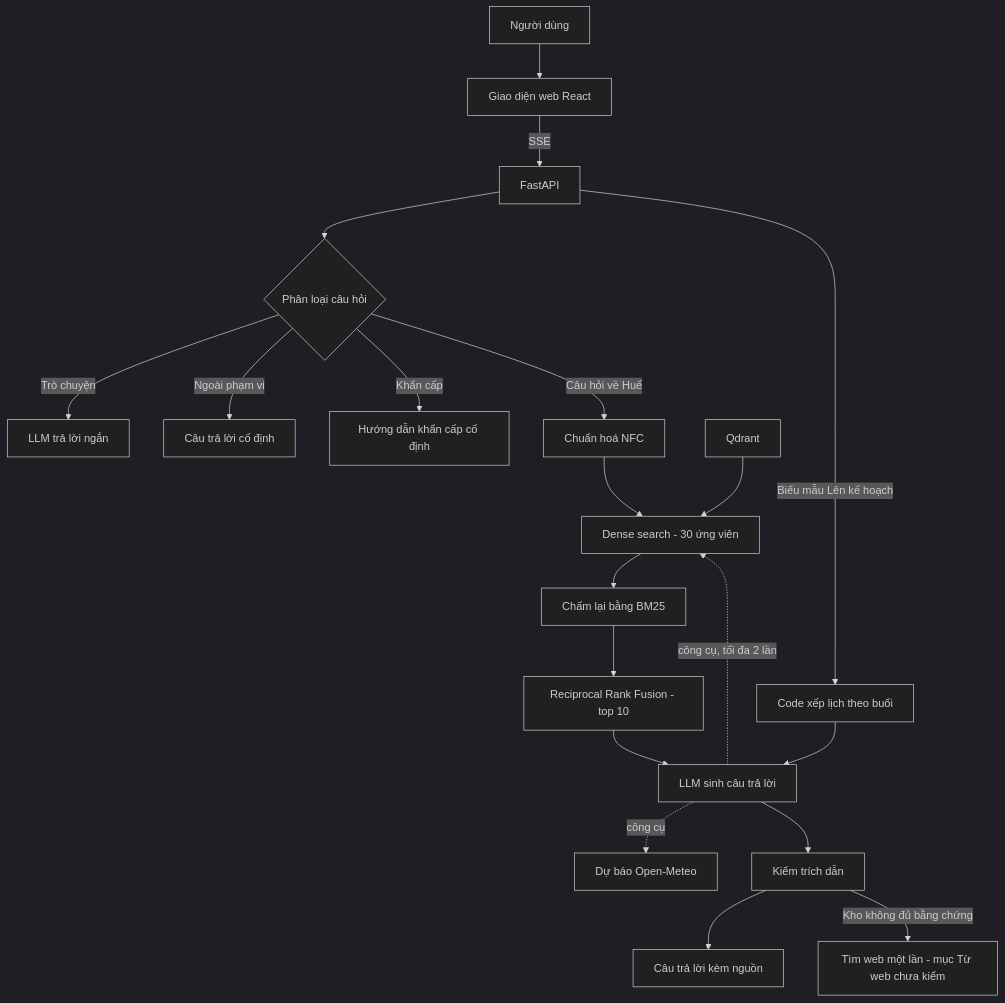
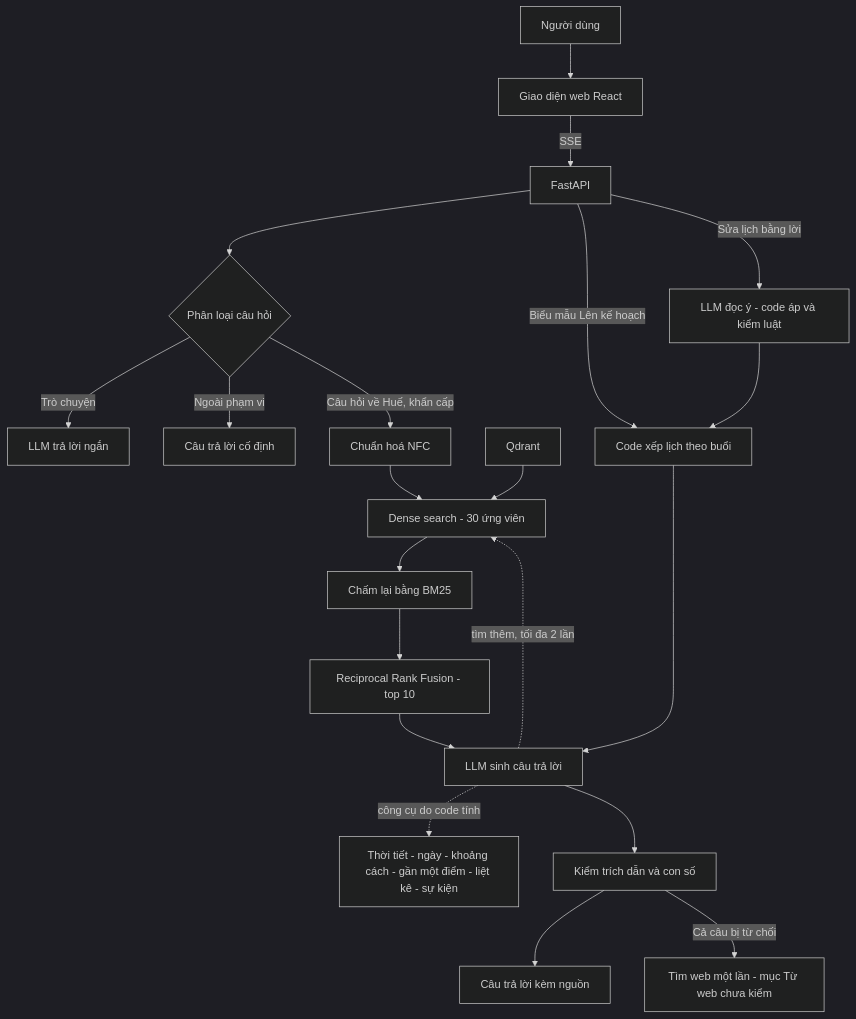
One commit to Sunny-sunnyy/chatbot-hue changed the second of 2 diagrams in README.md. Above: the diagram before and after it, drawn with Mermaid (dark theme). The commit also changed other lines of this file, not shown here.

````diff
--- a/README.md
+++ b/README.md
@@ -51,21 +72,21 @@
 ```mermaid
 flowchart TD
     U[Người dùng] --> W[Giao diện web React]
     W -->|SSE| API[FastAPI]
     API --> R{Phân loại câu hỏi}
     R -->|Trò chuyện| CHAT[LLM trả lời ngắn]
     R -->|Ngoài phạm vi| OOS[Câu trả lời cố định]
-    R -->|Khẩn cấp| EM[Hướng dẫn khẩn cấp cố định]
-    R -->|Câu hỏi về Huế| N[Chuẩn hoá NFC]
+    R -->|Câu hỏi về Huế, khẩn cấp| N[Chuẩn hoá NFC]
     N --> DS[Dense search - 30 ứng viên]
     Q[Qdrant] --> DS
     DS --> BM[Chấm lại bằng BM25]
     BM --> RRF[Reciprocal Rank Fusion - top 10]
     RRF --> GEN[LLM sinh câu trả lời]
-    GEN -.->|công cụ, tối đa 2 lần| DS
-    GEN -.->|công cụ| WX[Dự báo Open-Meteo]
-    GEN --> CIT[Kiểm trích dẫn]
+    GEN -.->|tìm thêm, tối đa 2 lần| DS
+    GEN -.->|công cụ do code tính| TOOL[Thời tiết - ngày - khoảng cách - gần một điểm - liệt kê - sự kiện]
+    GEN --> CIT[Kiểm trích dẫn và con số]
     CIT --> OUT[Câu trả lời kèm nguồn]
-    CIT -->|Kho không đủ bằng chứng| WEB[Tìm web một lần - mục Từ web chưa kiểm]
+    CIT -->|Cả câu bị từ chối| WEB[Tìm web một lần - mục Từ web chưa kiểm]
     API -->|Biểu mẫu Lên kế hoạch| PLAN[Code xếp lịch theo buổi] --> GEN
+    API -->|Sửa lịch bằng lời| EDIT[LLM đọc ý - code áp và kiểm luật] --> PLAN
 ```
````
